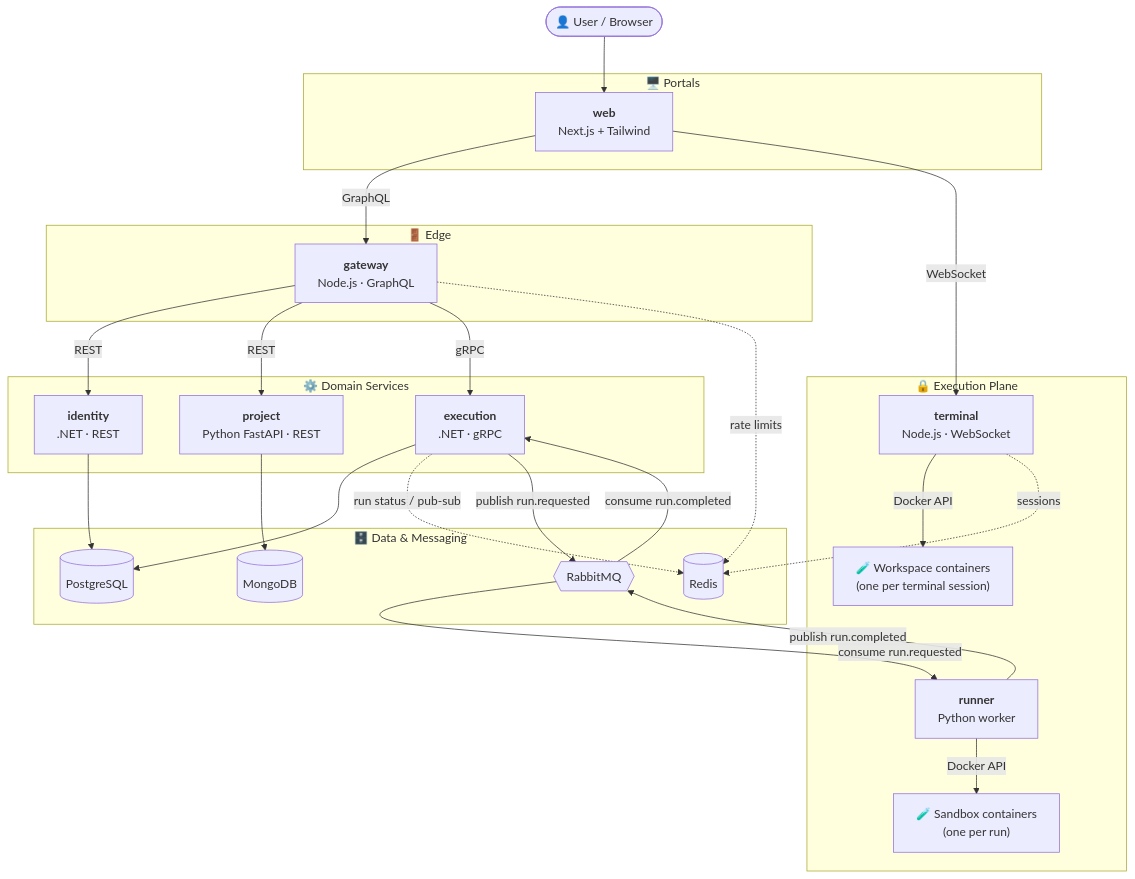
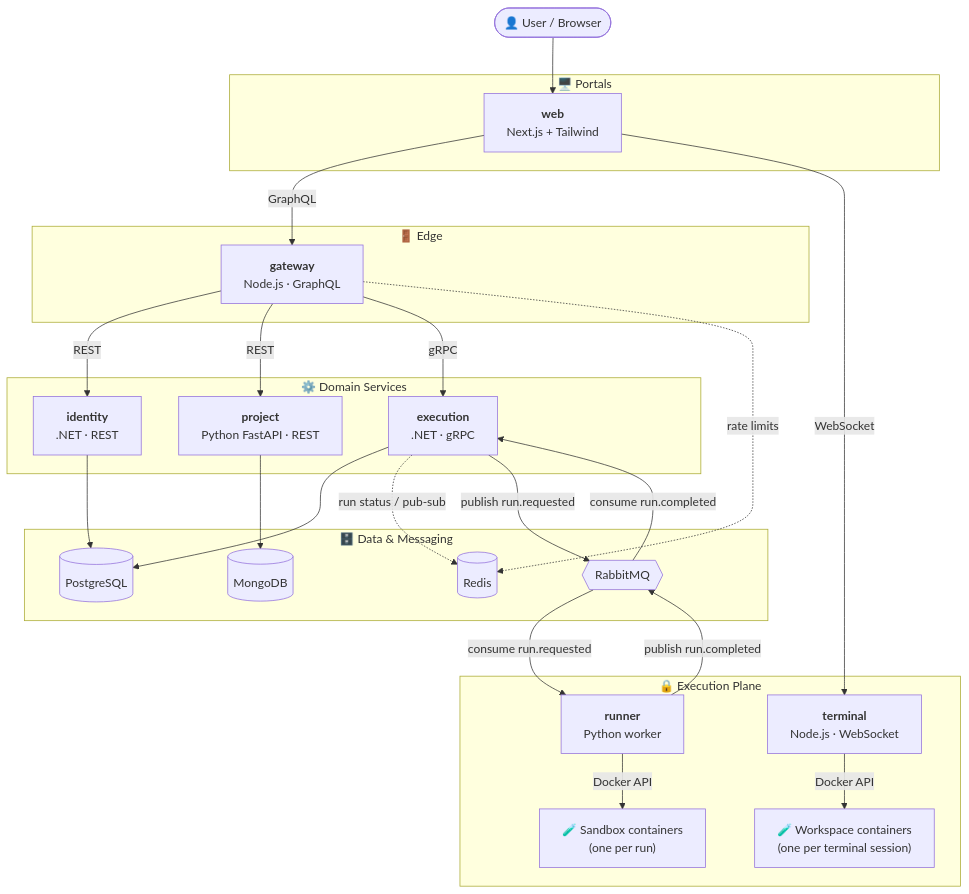
Before and after one commit to vedatcinbatexe/bytebox: the first of 5 diagrams in ARCHITECTURE.md, drawn with Mermaid. The commit also changed other lines of this file and 18 other files, not shown here.

First line of the commit message:
Add terminal sessions with a shell in the browser

````diff
--- a/ARCHITECTURE.md
+++ b/ARCHITECTURE.md
@@ -53,54 +53,53 @@
 ```mermaid
 flowchart TB
     user([👤 User / Browser])
 
     subgraph Portals["🖥️ Portals"]
         web["<b>web</b><br/>Next.js + Tailwind"]
     end
 
     subgraph Edge["🚪 Edge"]
         gateway["<b>gateway</b><br/>Node.js · GraphQL"]
     end
 
     subgraph Services["⚙️ Domain Services"]
         identity["<b>identity</b><br/>.NET · REST"]
         project["<b>project</b><br/>Python FastAPI · REST"]
         execution["<b>execution</b><br/>.NET · gRPC"]
     end
 
     subgraph Workers["🔒 Execution Plane"]
         runner["<b>runner</b><br/>Python worker"]
         sandbox["🧪 Sandbox containers<br/>(one per run)"]
         terminal["<b>terminal</b><br/>Node.js · WebSocket"]
         workspace["🧪 Workspace containers<br/>(one per terminal session)"]
     end
 
     subgraph Data["🗄️ Data & Messaging"]
         pg[("PostgreSQL")]
         mongo[("MongoDB")]
         redis[("Redis")]
         mq{{"RabbitMQ"}}
     end
 
     user --> web
     web -- "GraphQL" --> gateway
     gateway -- "REST" --> identity
     gateway -- "REST" --> project
     gateway -- "gRPC" --> execution
     gateway -. "rate limits" .-> redis
 
     identity --> pg
     project --> mongo
     execution --> pg
     execution -. "run status / pub-sub" .-> redis
 
     execution -- "publish run.requested" --> mq
     mq -- "consume run.requested" --> runner
     runner -- "publish run.completed" --> mq
     mq -- "consume run.completed" --> execution
 
     runner -- "Docker API" --> sandbox
     web -- "WebSocket" --> terminal
     terminal -- "Docker API" --> workspace
-    terminal -. "sessions" .-> redis
 ```
````
